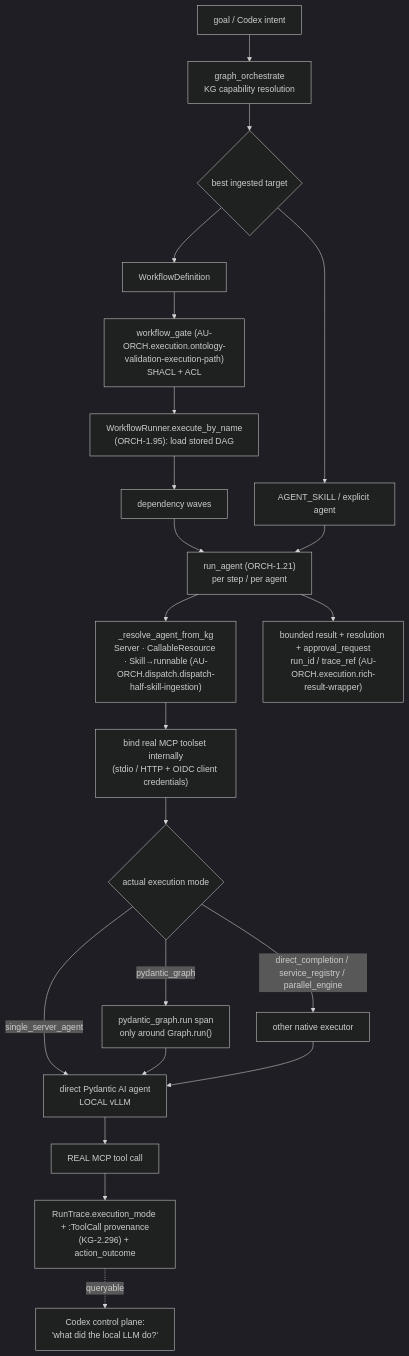
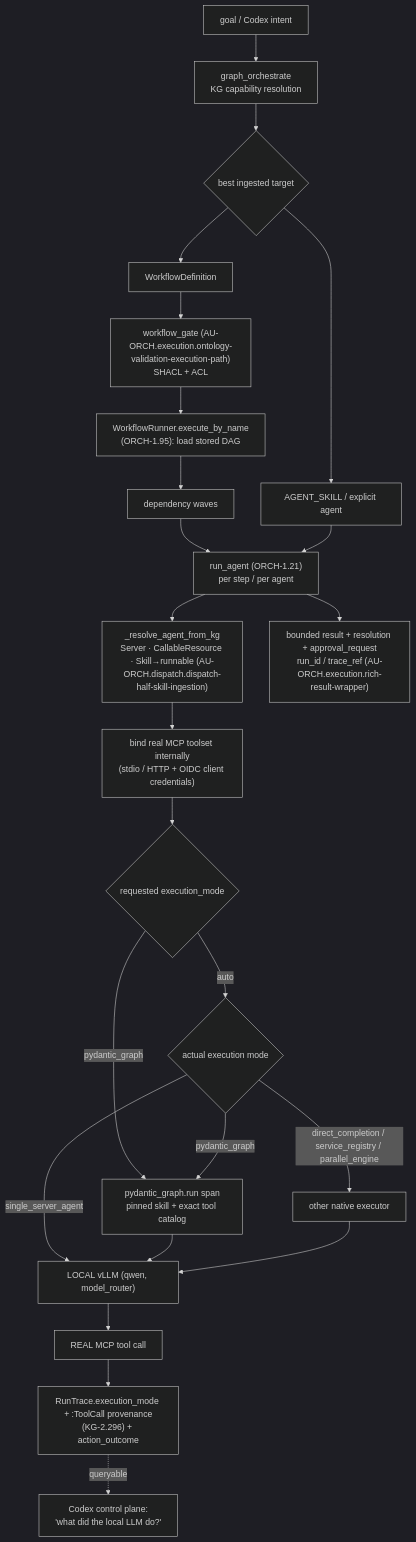
One commit to Knuckles-Team/agent-utilities changed the diagram in docs/architecture/orchestration-execution-seam.md. Above: the diagram before and after it, drawn with Mermaid (dark theme). The commit also changed other lines of this file and 16 other files, not shown here.

Commit message:
feat(orchestration): add governed pydantic graph route

````diff
--- a/docs/architecture/orchestration-execution-seam.md
+++ b/docs/architecture/orchestration-execution-seam.md
@@ -26,24 +26,27 @@
 ```mermaid
 flowchart TD
     G[goal / Codex intent] --> O["graph_orchestrate<br/>KG capability resolution"]
     O --> PICK{"best ingested target"}
     PICK --> SKILL["AGENT_SKILL / explicit agent"]
     PICK --> WF["WorkflowDefinition"]
     WF --> GATE["workflow_gate (AU-ORCH.execution.ontology-validation-execution-path)<br/>SHACL + ACL"]
     GATE --> WR["WorkflowRunner.execute_by_name<br/>(ORCH-1.95): load stored DAG"]
     WR --> WAVE["dependency waves"]
     WAVE --> RA["run_agent (ORCH-1.21)<br/>per step / per agent"]
     SKILL --> RA
     RA --> RES["_resolve_agent_from_kg<br/>Server · CallableResource · Skill→runnable (AU-ORCH.dispatch.dispatch-half-skill-ingestion)"]
     RES --> BIND["bind real MCP toolset internally<br/>(stdio / HTTP + OIDC client credentials)"]
-    BIND --> MODE{"actual execution mode"}
-    MODE -->|"single_server_agent"| LLM["direct Pydantic AI agent<br/>LOCAL vLLM"]
-    MODE -->|"pydantic_graph"| PG["pydantic_graph.run span<br/>only around Graph.run()"]
-    MODE -->|"direct_completion / service_registry / parallel_engine"| OTHER["other native executor"]
+    BIND --> MODE{"requested execution_mode"}
+    MODE -->|"auto"| ACTUAL{"actual execution mode"}
+    MODE -->|"pydantic_graph"| PG["pydantic_graph.run span<br/>pinned skill + exact tool catalog"]
+    ACTUAL -->|"single_server_agent"| LLM
+    ACTUAL -->|"pydantic_graph"| PG
+    ACTUAL -->|"direct_completion / service_registry / parallel_engine"| OTHER["other native executor"]
     PG --> LLM
     OTHER --> LLM
+    LLM["LOCAL vLLM (qwen, model_router)"]
     LLM --> TOOL["REAL MCP tool call"]
     TOOL --> TRACE["RunTrace.execution_mode + :ToolCall provenance<br/>(KG-2.296) + action_outcome"]
     RA --> RID["bounded result + resolution + approval_request<br/>run_id / trace_ref (AU-ORCH.execution.rich-result-wrapper)"]
     TRACE -.queryable.-> CODEX["Codex control plane:<br/>'what did the local LLM do?'"]
 ```
````
